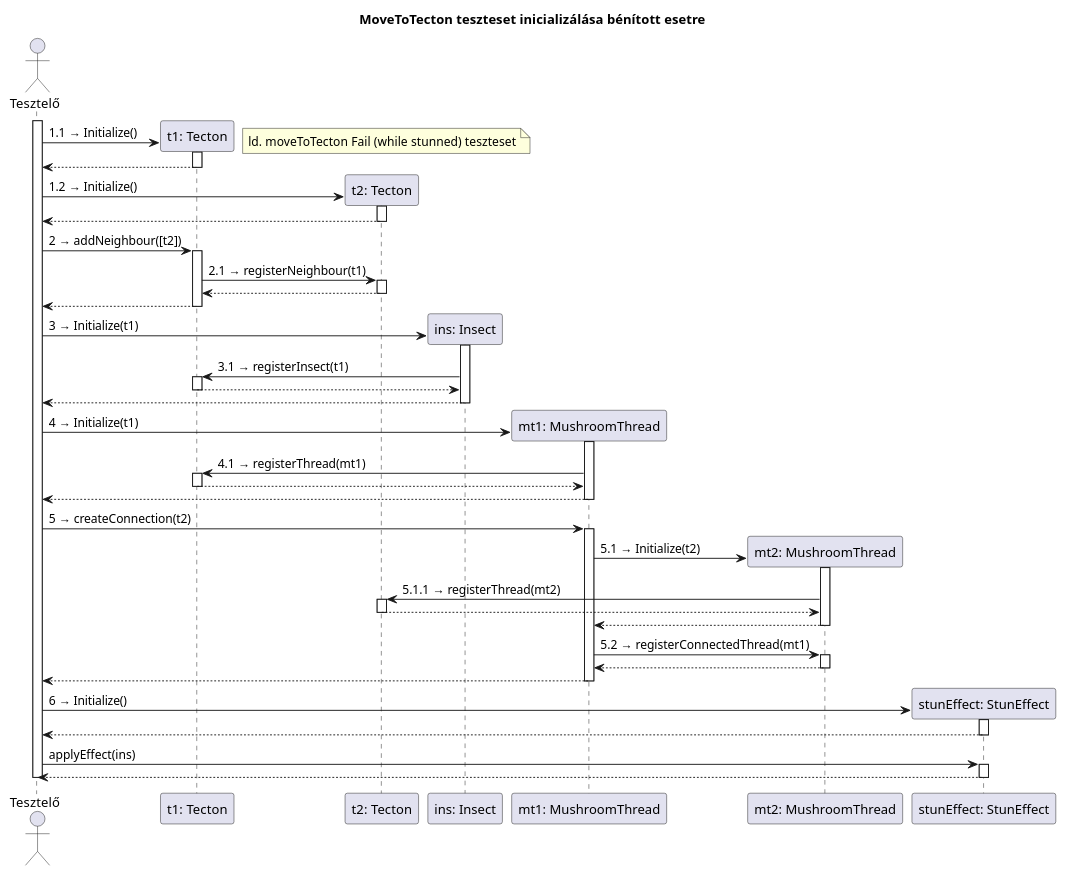
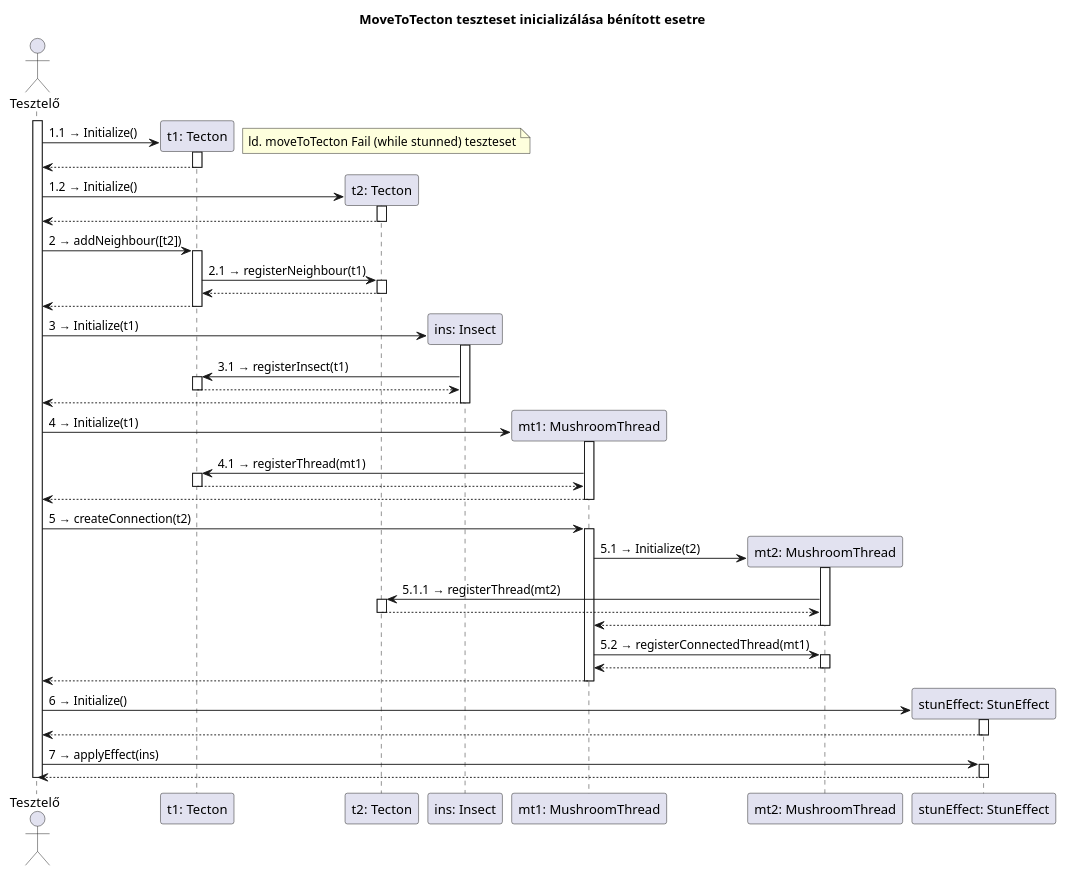
The diagram in diagrams/communication/moveToTecton2.plantuml (dzsem/projlab), drawn with PlantUML before and after one commit. The commit also changed 2 other files, not shown here.

Commit message:
Update moveToTecton communication diagrams

```diff
--- a/diagrams/communication/moveToTecton2.plantuml
+++ b/diagrams/communication/moveToTecton2.plantuml
@@ -1,100 +1,100 @@
 @startuml moveToTectonInitFlow2
 
 title MoveToTecton teszteset inicializálása bénított esetre
 
 actor Tesztelő as tester
 
 activate tester
 
 create participant "t1: Tecton" as t1
 tester -> t1: 1.1 → Initialize()
 note right: ld. moveToTecton Fail (while stunned) teszteset
 activate t1
 
 tester <-- t1
 deactivate t1
 
 create participant "t2: Tecton" as t2
 tester -> t2: 1.2 → Initialize()
 activate t2
 
 tester <-- t2
 deactivate t2
 
 tester -> t1: 2 → addNeighbour([t2])
 activate t1
 
 	t1 -> t2: 2.1 → registerNeighbour(t1)
 	activate t2
 
 	t1 <-- t2
 	deactivate t2
 
 tester <-- t1
 deactivate t1
 
 create participant "ins: Insect" as ins
 tester -> ins: 3 → Initialize(t1)
 activate ins
 
 	ins -> t1: 3.1 → registerInsect(t1)
 	activate t1
 
 	ins <-- t1
 	deactivate t1
 
 tester <-- ins
 deactivate ins
 
 create participant "mt1: MushroomThread" as mt1
 tester -> mt1: 4 → Initialize(t1)
 activate mt1
 
 	mt1 -> t1: 4.1 → registerThread(mt1)
 	activate t1
 
 	mt1 <-- t1
 	deactivate t1
 
 tester <-- mt1
 deactivate mt1
 
 tester -> mt1: 5 → createConnection(t2)
 activate mt1
 	create participant "mt2: MushroomThread" as mt2
 	mt1 -> mt2: 5.1 → Initialize(t2)
 	activate mt2
 
 		mt2 -> t2: 5.1.1 → registerThread(mt2)
 		activate t2
 
 		mt2 <-- t2
 		deactivate t2
 
 	mt1 <-- mt2
 	deactivate mt2
 
 	mt1 -> mt2: 5.2 → registerConnectedThread(mt1)
 	activate mt2
 
 	mt1 <-- mt2
 	deactivate mt2
 tester <-- mt1
 deactivate mt1
 
 create participant "stunEffect: StunEffect" as ste
 tester -> ste: 6 → Initialize()
 activate ste
 
 tester <-- ste
 deactivate ste
 
-tester -> ste: applyEffect(ins)
+tester -> ste: 7 → applyEffect(ins)
 activate ste
 
 tester <-- ste
 deactivate ste
 
 deactivate tester
 
 @enduml
```
